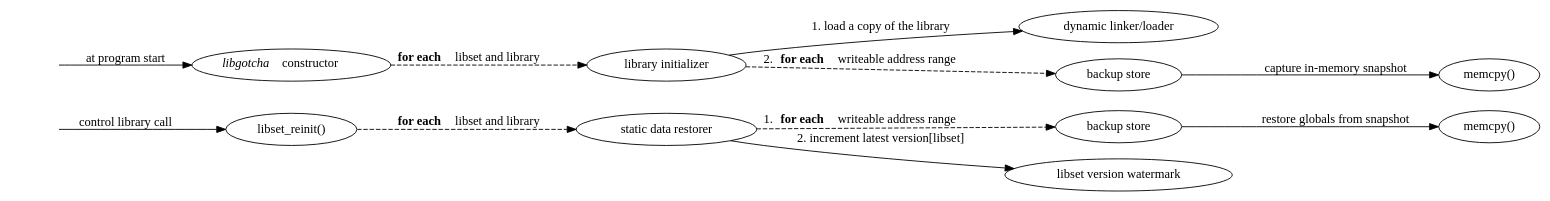
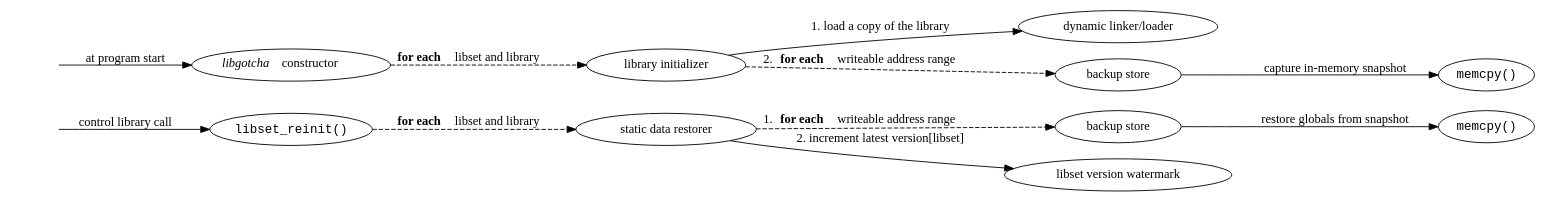
Before and after one commit to solb/thesis: the diagram in figs/reinit.dot, drawn with Graphviz. The commit also changed 2 other files, not shown here.

```diff
--- a/figs/reinit.dot
+++ b/figs/reinit.dot
@@ -1,39 +1,39 @@
 strict digraph {
 	rankdir=LR;
 	ranksep=0;
 	node [label=""];
 
 	start [shape=none];
 	renew [shape=none];
 
 	{
 		rank=same;
 		edge [style=invisible, arrowhead=none];
 
 		start -> renew;
 	}
 
 	ctor [label=<<i>libgotcha</i> constructor>];
 	copy [label="library initializer"];
 	rtld [label="dynamic linker/loader"];
 	back [label="backup store"];
-	mcpy [label="memcpy()"];
+	mcpy [label="memcpy()", fontname=monospace];
 
 	start -> ctor [label="at program start"];
 	ctor -> copy [style=dashed, label=<<b>for each</b> libset and library>];
 	copy -> rtld [label="1. load a copy of the library"];
 	copy -> back [style=dashed, label=<2. <b>for each</b> writeable address range>];
 	back -> mcpy [label="capture in-memory snapshot"];
 
-	reinit [label="libset_reinit()"];
+	reinit [label="libset_reinit()", fontname=monospace];
 	restore [label="static data restorer"];
 	back2 [label="backup store"];
 	water [label="libset version watermark"]
-	mcpy2 [label="memcpy()"];
+	mcpy2 [label="memcpy()", fontname=monospace];
 
 	renew -> reinit [label="control library call"];
 	reinit -> restore [style=dashed, label=<<b>for each</b> libset and library>];
 	restore -> back2 [style=dashed, label=<1. <b>for each</b> writeable address range>];
 	restore -> water [label="2. increment latest version[libset]"];
 	back2 -> mcpy2 [label="restore globals from snapshot"];
 }
```
